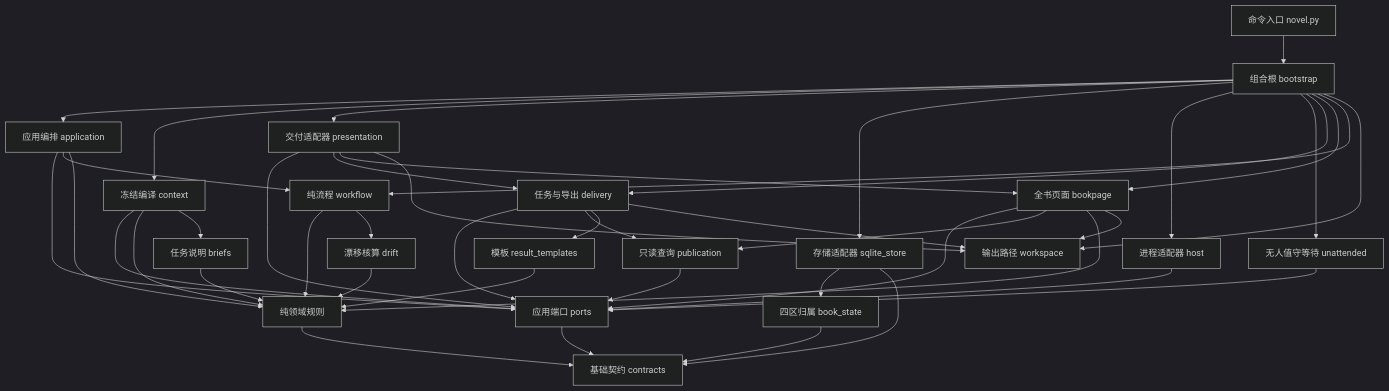
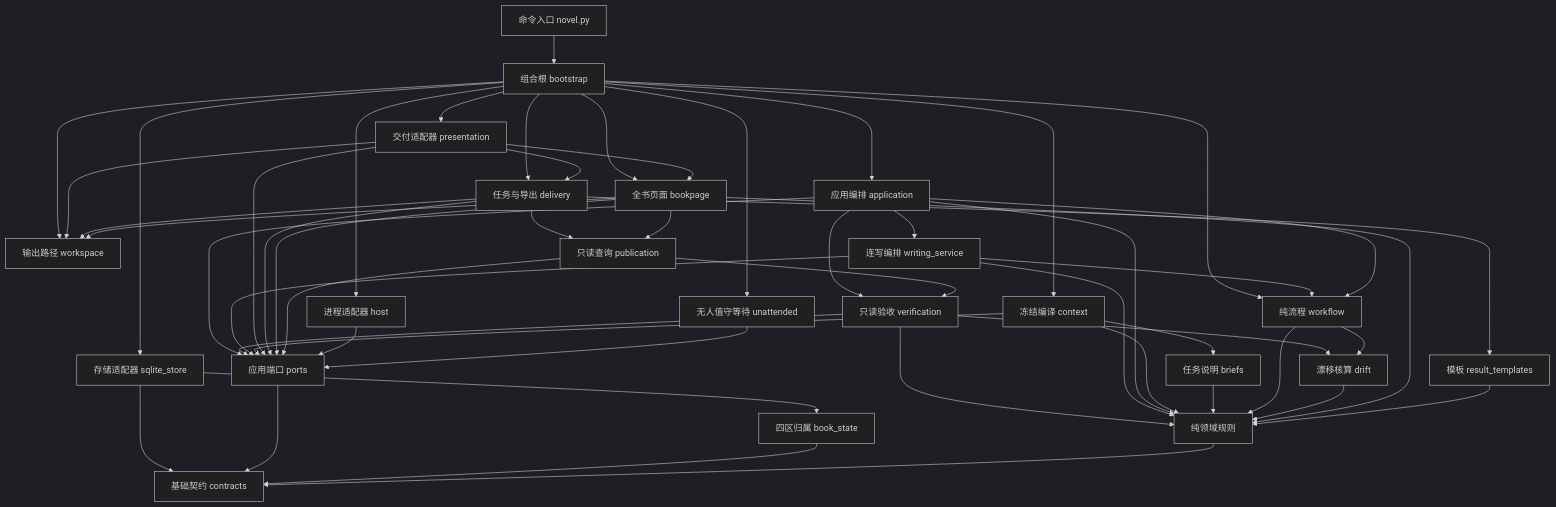
One commit to longwenid/novel-ledger changed the diagram in README.md. Above: the diagram before and after it, drawn with Mermaid (dark theme). The commit also changed other lines of this file and 74 other files, not shown here.

````diff
--- a/README.md
+++ b/README.md
@@ -17,45 +21,54 @@
 ```mermaid
 flowchart TD
     CLI[命令入口 novel.py] --> BOOT[组合根 bootstrap]
     BOOT --> APP[应用编排 application]
     BOOT --> CTX[冻结编译 context]
     BOOT --> VIEW[交付适配器 presentation]
     BOOT --> SQL[存储适配器 sqlite_store]
     BOOT --> HOST[进程适配器 host]
     BOOT --> WATCH[无人值守等待 unattended]
     BOOT --> DEL
     BOOT --> PAGE
     BOOT --> WF
     BOOT --> WS[输出路径 workspace]
     APP --> PORT[应用端口 ports]
+    APP --> VERIFY[只读验收 verification]
+    VERIFY --> PORT
+    VERIFY --> DOMAIN
+    VERIFY --> DRIFT
+    APP --> WRITE[连写编排 writing_service]
+    WRITE --> PORT
+    WRITE --> WF
+    WRITE --> DOMAIN
     APP --> WF[纯流程 workflow]
     APP --> DOMAIN[纯领域规则]
     CTX --> PORT
     CTX --> DOMAIN
     CTX --> BRIEF[任务说明 briefs]
     BRIEF --> DOMAIN
     WF --> DOMAIN
     WF --> DRIFT[漂移核算 drift]
     DRIFT --> DOMAIN
     VIEW --> PORT
     VIEW --> DEL[任务与导出 delivery]
     VIEW --> PAGE[全书页面 bookpage]
     VIEW --> WS
     DEL --> PORT
     DEL --> PUB[只读查询 publication]
     DEL --> TPL[模板 result_templates]
     DEL --> WS
     PAGE --> PORT
     PAGE --> PUB
     PAGE --> DOMAIN
     PAGE --> WS
     TPL --> DOMAIN
     PUB --> PORT
+    PUB --> VERIFY
     SQL --> BS[四区归属 book_state]
     SQL --> C[基础契约 contracts]
     HOST --> PORT
     WATCH --> PORT
     PORT --> C
     BS --> C
     DOMAIN --> C
 ```
````
